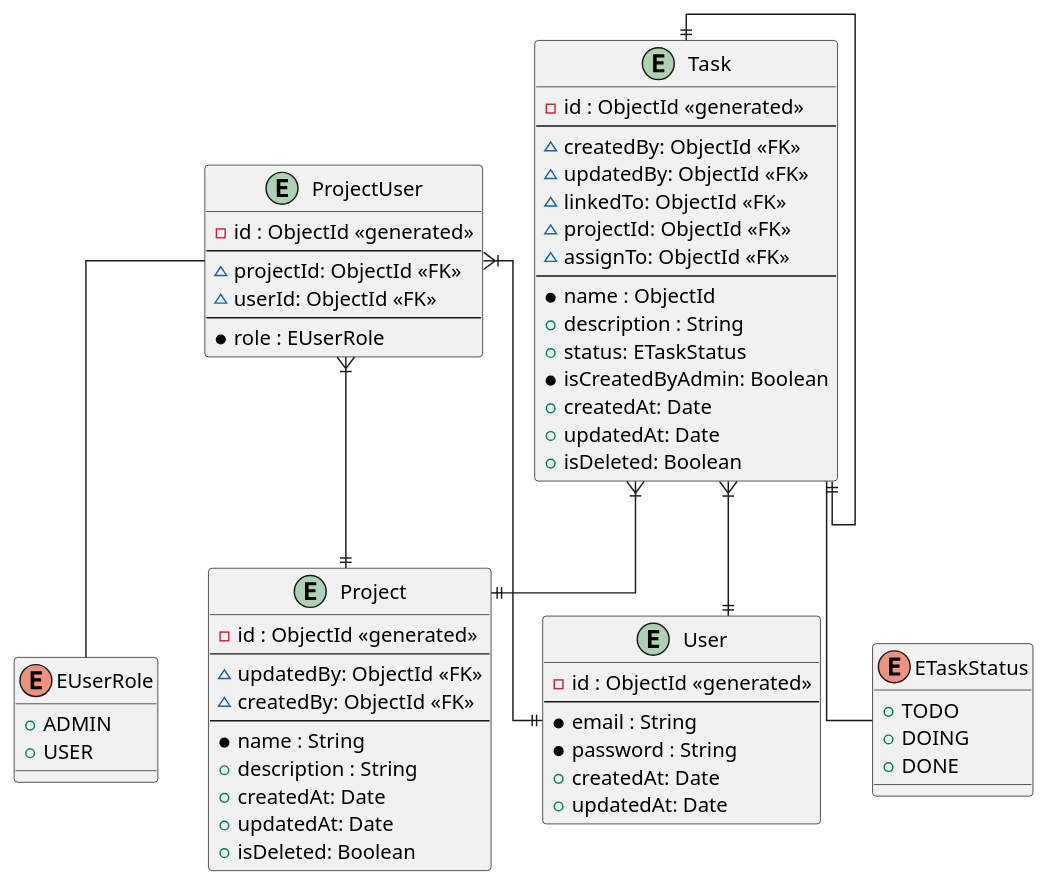
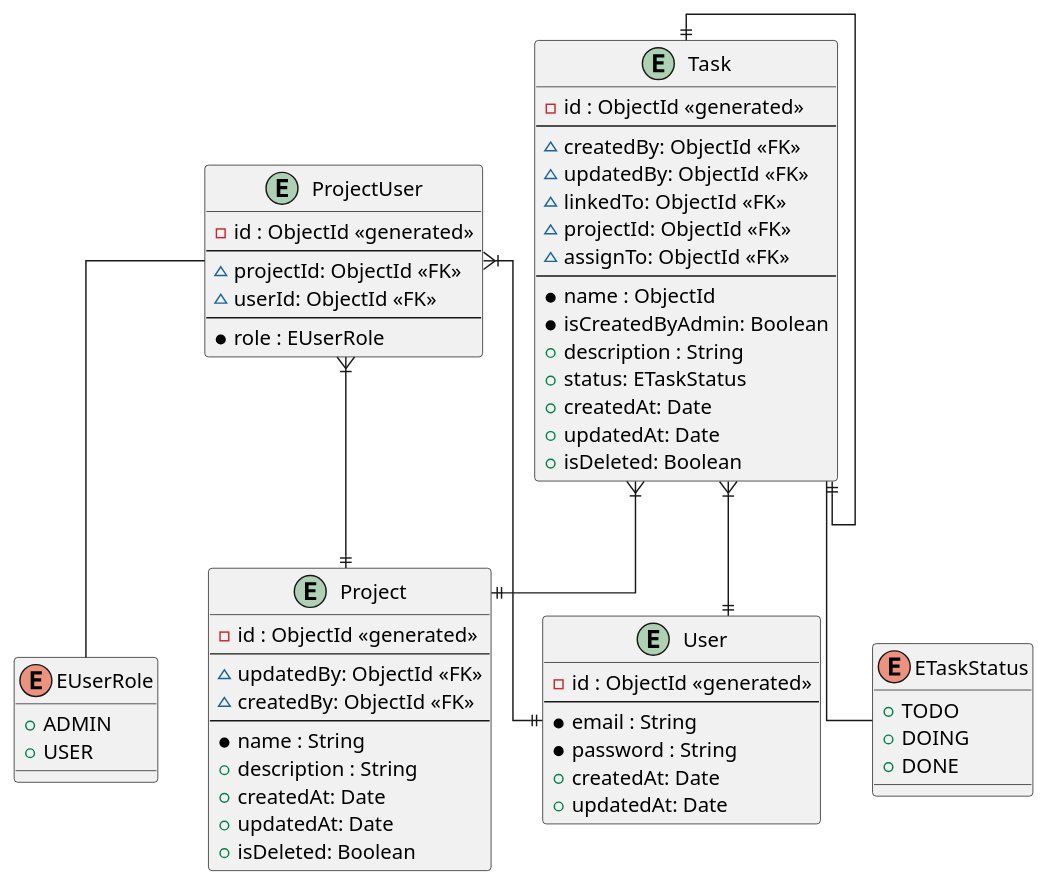
One commit to TienDat57/TodoList-Loopback changed the diagram in docs/ERD.wsd. Above: the diagram before and after it, drawn with PlantUML. The commit also changed other lines of this file and 7 other files, not shown here.

Commit message:
TL - 02 | update ERD + model

```diff
--- a/docs/ERD.wsd
+++ b/docs/ERD.wsd
@@ -1,77 +1,77 @@
 @startuml TodoList-Loopback
 
 skinparam linetype ortho
 
 entity Project {
   - id : ObjectId <<generated>>
   --
   ~ updatedBy: ObjectId <<FK>>
   ~ createdBy: ObjectId <<FK>>
   --
   * name : String
   + description : String
   + createdAt: Date
   + updatedAt: Date
   + isDeleted: Boolean
 }
 
 entity User {
   - id : ObjectId <<generated>>
   --
   * email : String
   * password : String
   + createdAt: Date
   + updatedAt: Date
 }
 
 entity Task {
   - id : ObjectId <<generated>>
   --
   ~ createdBy: ObjectId <<FK>>
   ~ updatedBy: ObjectId <<FK>>
   ~ linkedTo: ObjectId <<FK>>
   ~ projectId: ObjectId <<FK>>
   ~ assignTo: ObjectId <<FK>>
   --
   * name : ObjectId
+  * isCreatedByAdmin: Boolean
   + description : String
   + status: ETaskStatus
-  * isCreatedByAdmin: Boolean
   + createdAt: Date
   + updatedAt: Date
   + isDeleted: Boolean
 }
 
 entity ProjectUser {
   - id : ObjectId <<generated>>
   --
   ~ projectId: ObjectId <<FK>>
   ~ userId: ObjectId <<FK>>
   --
   * role : EUserRole
 }
 
 enum EUserRole {
   + ADMIN
   + USER
 }
 
 enum ETaskStatus {
   + TODO
   + DOING
   + DONE
 }
 
 Task -- ETaskStatus
 
 ProjectUser -- EUserRole
 
 Task ||--||Task
 
 ProjectUser }|--|| User
 ProjectUser }|--|| Project
 
 Task }|--|| Project
 Task }|--|| User
 
 @enduml
```
